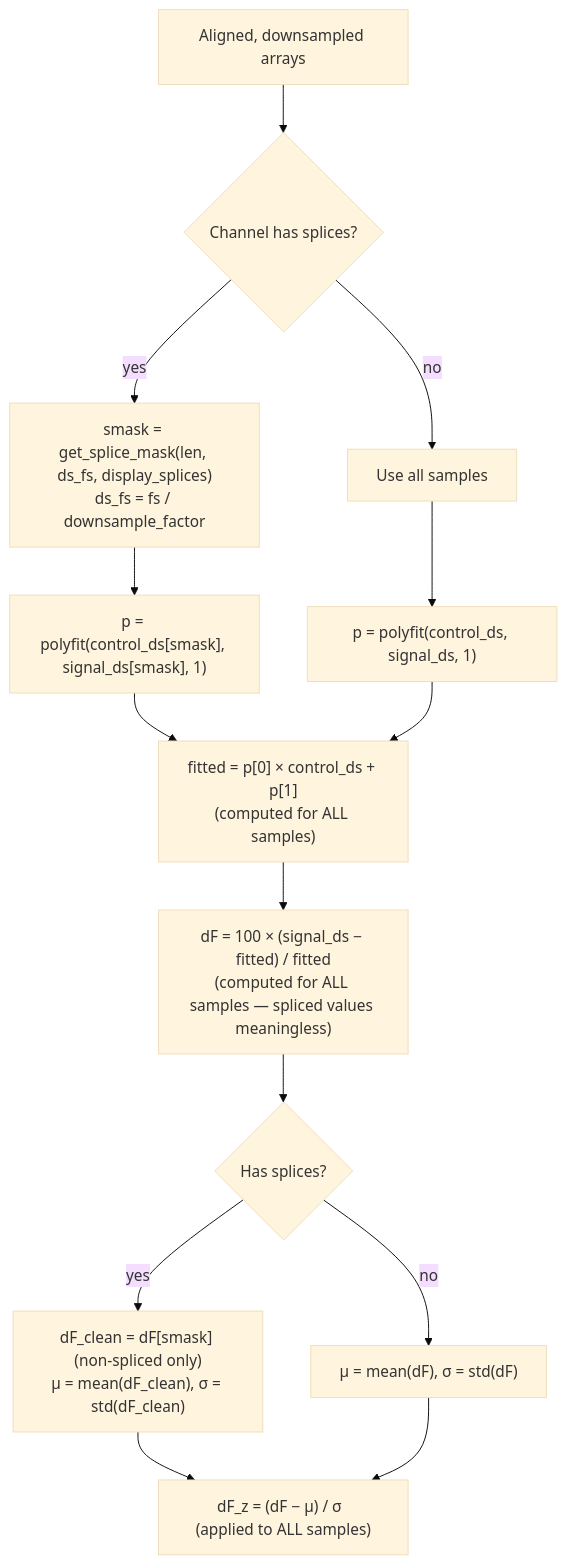
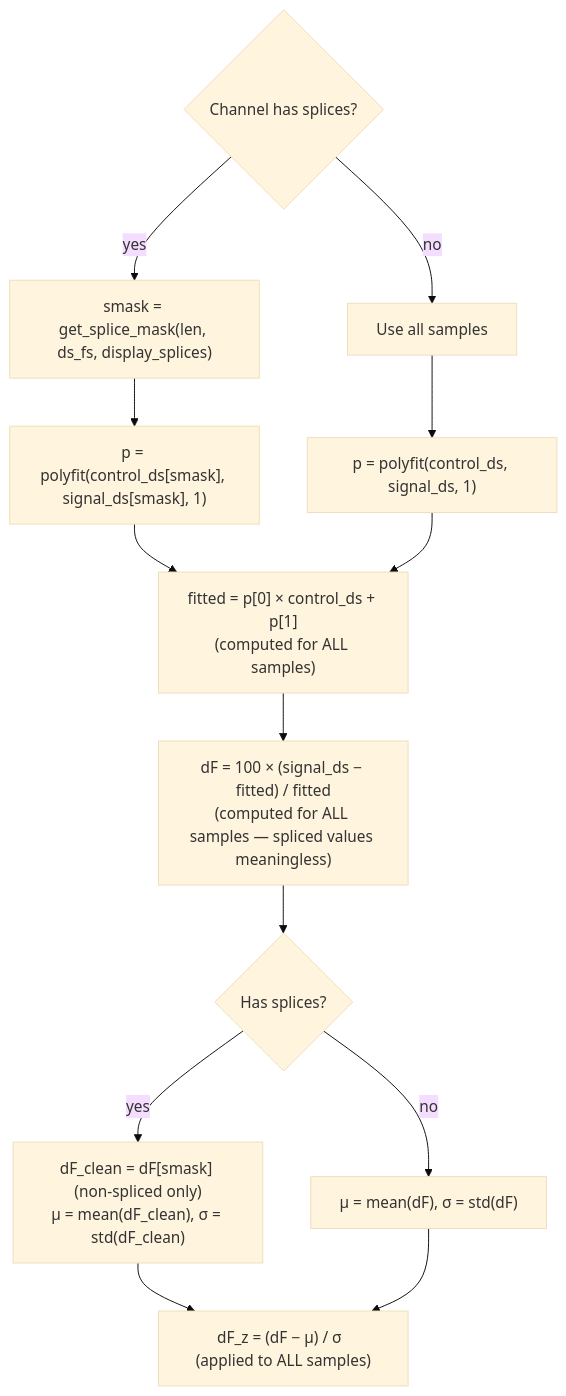
The third of 14 diagrams in data_processing audit.md (ParekhLabUTD/fiberGrapher), drawn with Mermaid (base theme) before and after one commit. The commit also changed other lines of this file and 4 other files, not shown here.

````diff
--- a/data_processing audit.md
+++ b/data_processing audit.md
@@ -49,16 +79,15 @@
 ```mermaid
 graph TD
-    F["Aligned, downsampled arrays"] --> G{"Channel has splices?"}
-    G -->|yes| H["smask = get_splice_mask(len, ds_fs, display_splices)<br/>ds_fs = fs / downsample_factor"]
+    G{"Channel has splices?"} -->|yes| H["smask = get_splice_mask(len, ds_fs, display_splices)"]
     G -->|no| I["Use all samples"]
     H --> J["p = polyfit(control_ds[smask], signal_ds[smask], 1)"]
     I --> J2["p = polyfit(control_ds, signal_ds, 1)"]
     J --> K["fitted = p[0] × control_ds + p[1]<br/>(computed for ALL samples)"]
     J2 --> K
     K --> L["dF = 100 × (signal_ds − fitted) / fitted<br/>(computed for ALL samples — spliced values meaningless)"]
     L --> M{"Has splices?"}
     M -->|yes| N["dF_clean = dF[smask] (non-spliced only)<br/>μ = mean(dF_clean), σ = std(dF_clean)"]
     M -->|no| N2["μ = mean(dF), σ = std(dF)"]
     N --> O["dF_z = (dF − μ) / σ  (applied to ALL samples)"]
     N2 --> O
 ```
````
